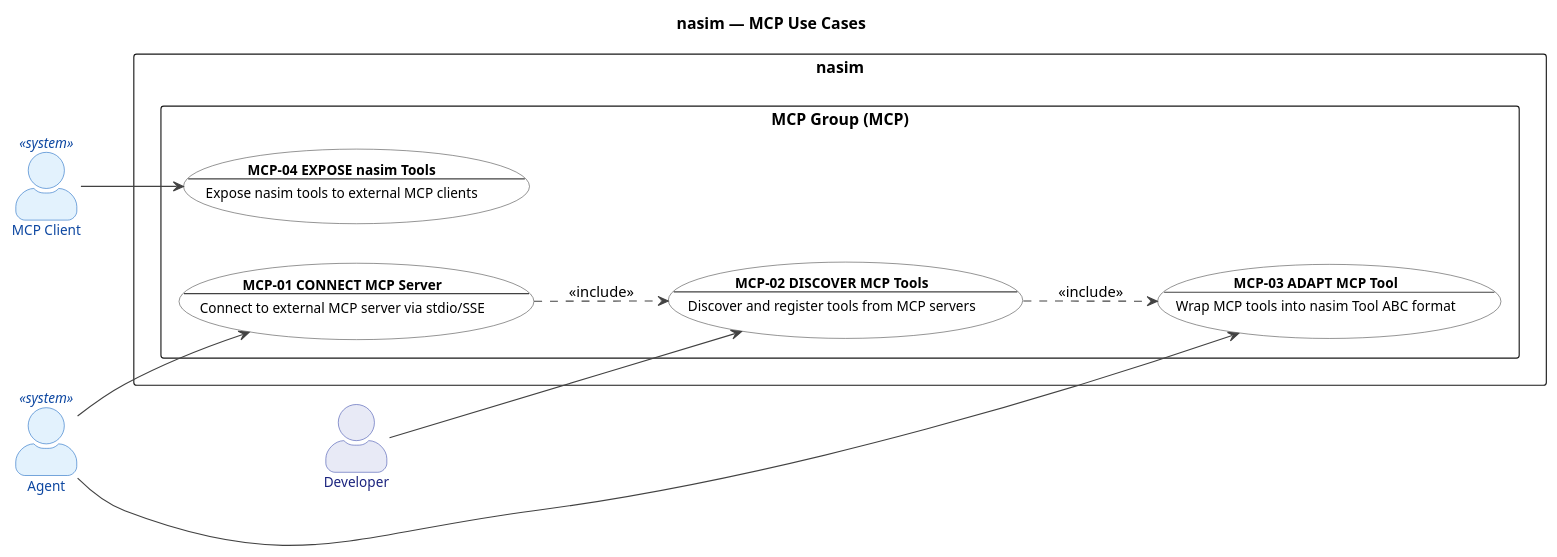
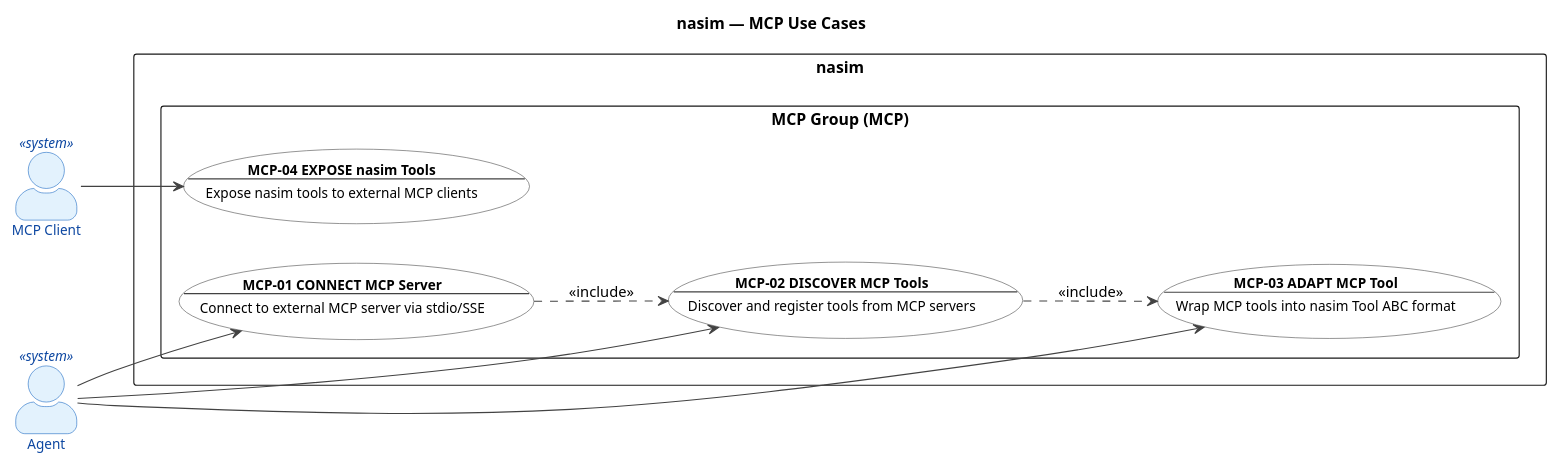
Before and after one commit to salimnamvar/nasim: diagram 22 of 22 in UC.md, drawn with PlantUML. The commit also changed other lines of this file and 9 other files, not shown here.

```diff
--- a/UC.md
+++ b/UC.md
@@ -2062,79 +2085,78 @@
 @startuml uc_mcp
 
 ' ============================================================
 ' Title:     nasim — UC: MCP Group
 ' Group:     MCP (Model Context Protocol)
 ' Boundary:  nasim code agent
 ' Purpose:   MCP as first-class subsystem: client/server runtime, tool adapter, discovery
 ' Milestone: v1.0
 ' Version:   6.0.0
 ' Source:    docs/ENTITIES.md
 ' Review:    docs/audit/audit.2026.06.20.uc-layer.car.md
 ' ============================================================
 
 left to right direction
 
 title nasim — MCP Use Cases
 
 skinparam actorStyle awesome
 skinparam packageStyle rectangle
 
 skinparam usecase {
   BackgroundColor #FFFFFF
   BorderColor #424242
   FontColor #000000
   ArrowColor #424242
   FontSize 12
 }
 
 skinparam actor {
   BackgroundColor #E8EAF6
   BorderColor #3949AB
   FontColor #1A237E
   FontSize 12
 }
 
 skinparam actor<<system>> {
   BackgroundColor #E3F2FD
   BorderColor #1565C0
   FontColor #0D47A1
 }
 
 ' ============================================================
 ' Actors
 ' ============================================================
 
-actor "Developer" as Developer
 actor "MCP Client" as MCPClient <<system>>
 actor "Agent" as Agent <<system>>
 
 ' ============================================================
 ' System Boundary
 ' ============================================================
 
 rectangle "nasim" {
   package "MCP Group (MCP)" {
     usecase "**MCP-01 CONNECT MCP Server**\n--\nConnect to external MCP server via stdio/SSE" as MCP01
     usecase "**MCP-02 DISCOVER MCP Tools**\n--\nDiscover and register tools from MCP servers" as MCP02
     usecase "**MCP-03 ADAPT MCP Tool**\n--\nWrap MCP tools into nasim Tool ABC format" as MCP03
     usecase "**MCP-04 EXPOSE nasim Tools**\n--\nExpose nasim tools to external MCP clients" as MCP04
   }
 }
 
 ' ============================================================
 ' Actor -> Use Case Associations
 ' ============================================================
 
-Developer --> MCP02
 MCPClient --> MCP04
 Agent --> MCP01
+Agent --> MCP02
 Agent --> MCP03
 
 ' ============================================================
 ' Relationships
 ' ============================================================
 
 MCP01 ..> MCP02 : <<include>>
 MCP02 ..> MCP03 : <<include>>
 
 @enduml
```
